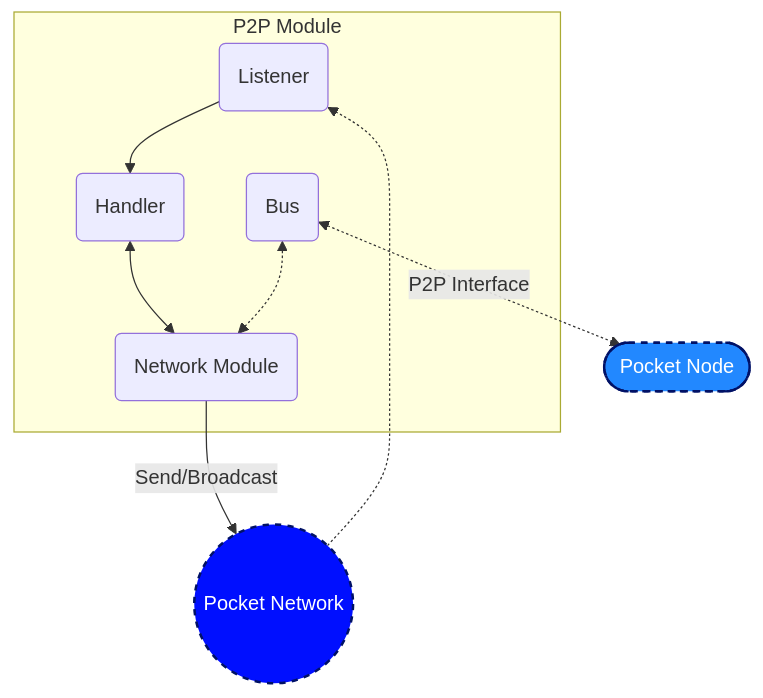
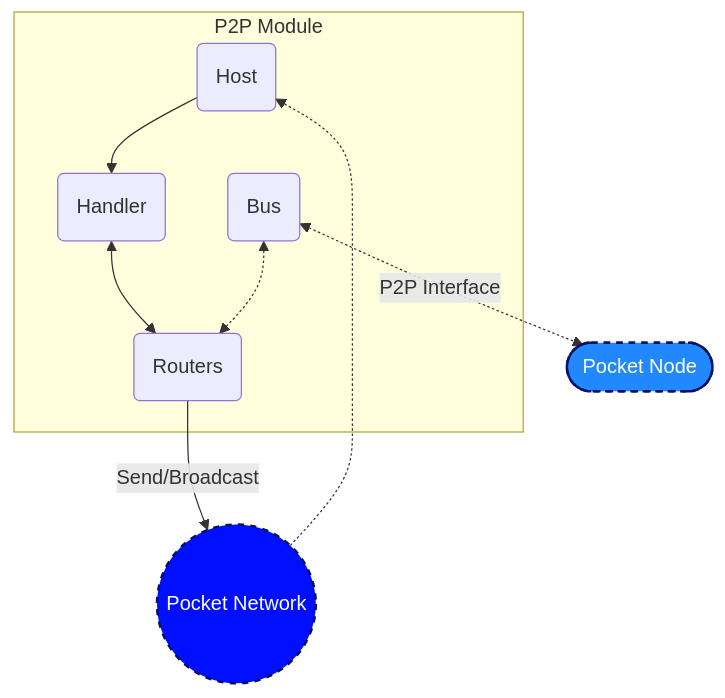
The diagram in p2p/README.md (pokt-network/pocket), drawn with Mermaid before and after one commit. The commit also changed other lines of this file, not shown here.

Commit message:
docs: update P2P module architecture diagram

````diff
--- a/p2p/README.md
+++ b/p2p/README.md
@@ -45,24 +45,24 @@
 ```mermaid
 flowchart TD
     subgraph P2P["P2P Module"]
-        L(Listener)
+        L(Host)
         H(Handler)
         B(Bus)
-        NM(Network Module)
+        NM(Routers)
         L --> H
         H <--> NM
     end
     PN((Pocket Network))
     N([Pocket Node])
 
     B <-.->NM
     B <-.P2P Interface.-> N
     PN -.-> L
     NM -- Send/Broadcast --> PN
 
     classDef pocket_node fill:#28f,stroke:#016,stroke-width:2px,color:#fff,stroke-dasharray: 5 5
     class N pocket_node
 
     classDef pocket_network fill:#000fff,stroke:#016,stroke-width:2px,color:#fff,stroke-dasharray: 5 5
     class PN pocket_network
 ```
````
